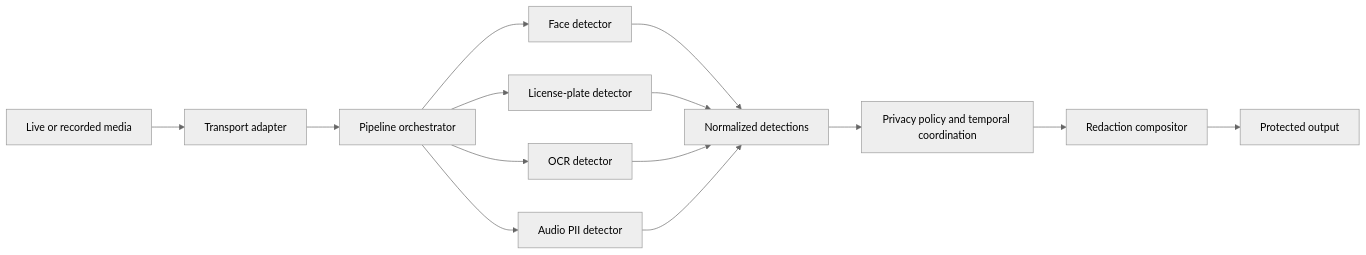
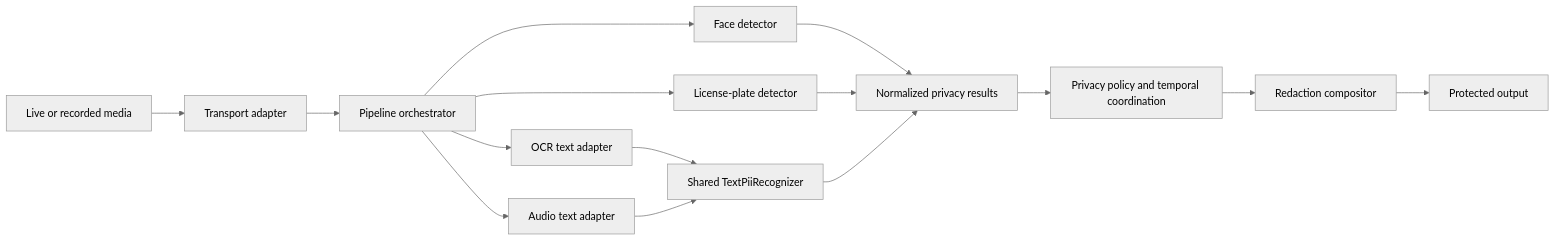
The first of 4 diagrams in docs/ARCHITECTURE.md (TikTokTechJam/Mock2025), drawn with Mermaid (neutral theme) before and after one commit. The commit also changed other lines of this file and 7 other files, not shown here.

Commit message:
Document shared text PII contract

````diff
--- a/docs/ARCHITECTURE.md
+++ b/docs/ARCHITECTURE.md
@@ -65,16 +66,17 @@
 ```mermaid
 flowchart LR
     A[Live or recorded media] --> B[Transport adapter]
     B --> C[Pipeline orchestrator]
     C --> D[Face detector]
     C --> E[License-plate detector]
-    C --> F[OCR detector]
-    C --> G[Audio PII detector]
-    D --> H[Normalized detections]
+    C --> F[OCR text adapter]
+    C --> G[Audio text adapter]
+    F --> T[Shared TextPiiRecognizer]
+    G --> T
+    D --> H[Normalized privacy results]
     E --> H
-    F --> H
-    G --> H
+    T --> H
     H --> I[Privacy policy and temporal coordination]
     I --> J[Redaction compositor]
     J --> K[Protected output]
 ```
````
